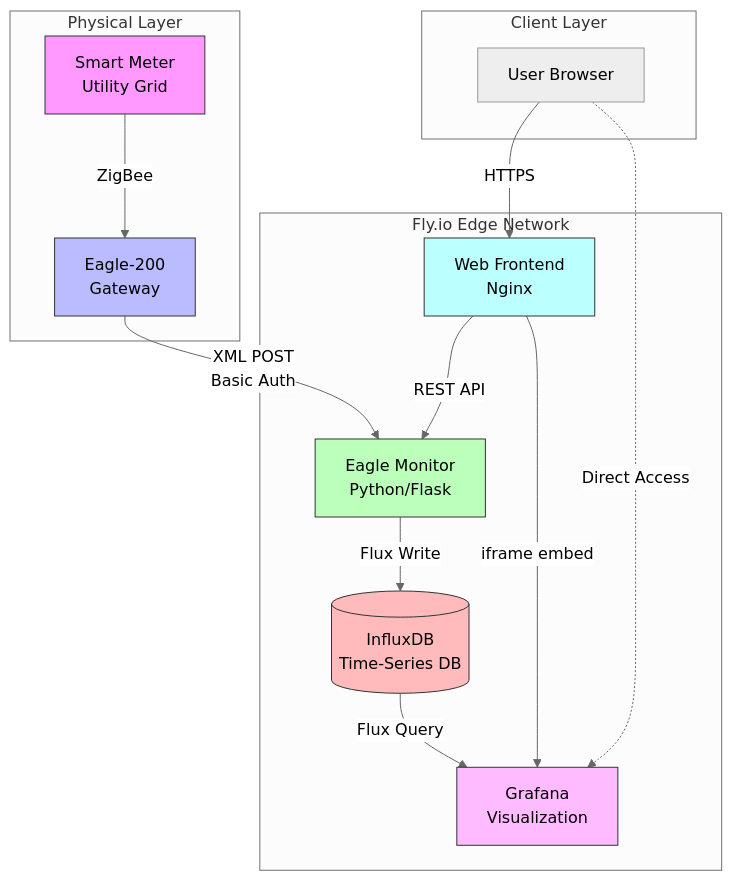
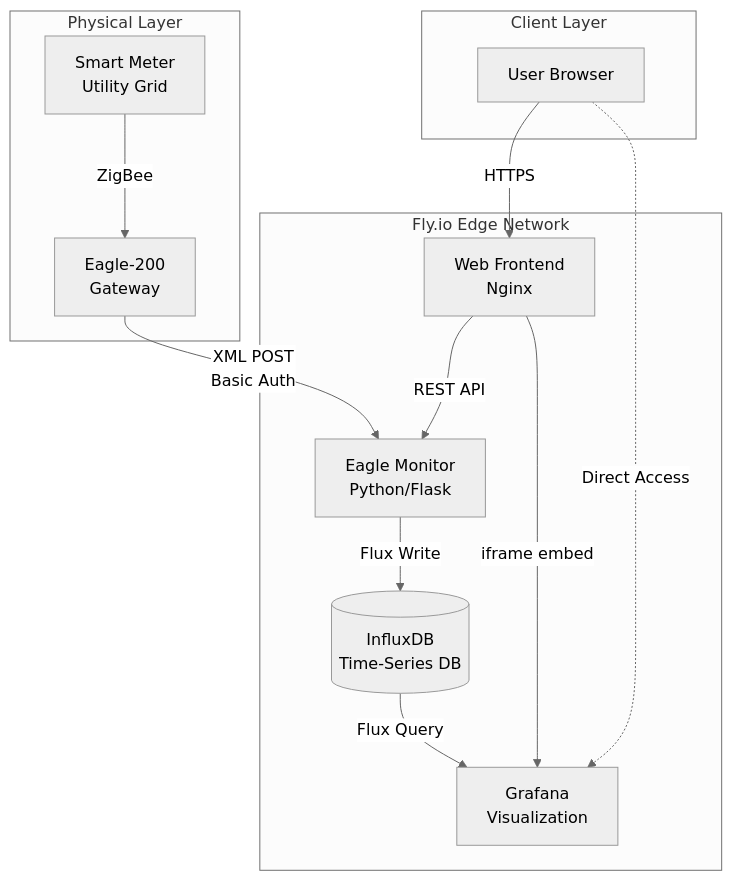
The first of 10 diagrams in docs/THEORY_OF_OPERATION.md (murr2k/linknode-com), drawn with Mermaid (neutral theme) before and after one commit. The commit also changed other lines of this file and 1 other file, not shown here.

Commit message:
docs: make Mermaid diagrams theme-adaptive
Remove hardcoded light fill/stroke overrides from the architecture,
deployment, and rate-analysis diagrams. Without fixed fills, the
renderer's theme drives node colors, so text stays legible in both
light and dark mode (the overrides forced light fills while letting
text follow the theme, producing light-on-light in dark mode).

All four affected diagrams validated via the Mermaid validator.

````diff
--- a/docs/THEORY_OF_OPERATION.md
+++ b/docs/THEORY_OF_OPERATION.md
@@ -22,27 +22,20 @@
 ```mermaid
 graph TB
     subgraph "Physical Layer"
         SM[Smart Meter<br/>Utility Grid] -->|ZigBee| E200[Eagle-200<br/>Gateway]
     end
 
     subgraph "Fly.io Edge Network"
         E200 -->|XML POST<br/>Basic Auth| EM[Eagle Monitor<br/>Python/Flask]
         EM -->|Flux Write| IDB[(InfluxDB<br/>Time-Series DB)]
         IDB -->|Flux Query| GF[Grafana<br/>Visualization]
 
         WEB[Web Frontend<br/>Nginx] -->|REST API| EM
         WEB -->|iframe embed| GF
     end
 
     subgraph "Client Layer"
         USER[User Browser] -->|HTTPS| WEB
         USER -.->|Direct Access| GF
     end
-
-    style SM fill:#f9f,stroke:#333
-    style E200 fill:#bbf,stroke:#333
-    style EM fill:#bfb,stroke:#333
-    style IDB fill:#fbb,stroke:#333
-    style GF fill:#fbf,stroke:#333
-    style WEB fill:#bff,stroke:#333
 ```
````
